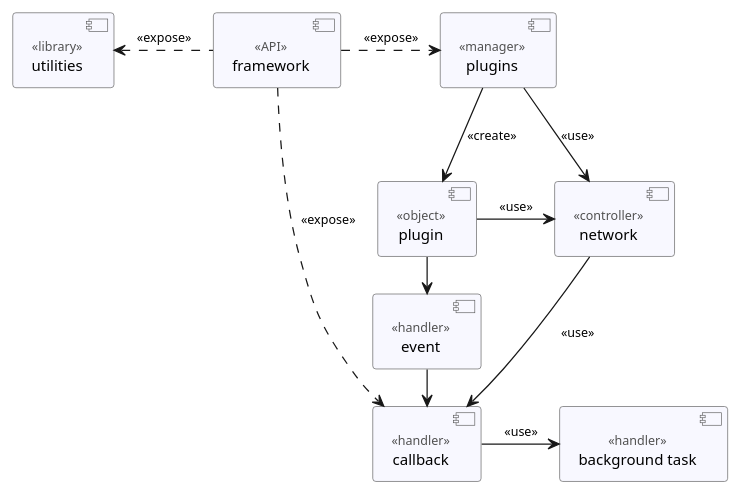
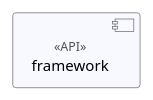
The diagram in Cogspinner/structure.puml (erik-riklund/wow), drawn with PlantUML before and after one commit. The commit also changed 36 other files, not shown here.

```diff
--- a/Cogspinner/structure.puml
+++ b/Cogspinner/structure.puml
@@ -1,50 +1,25 @@
 @startuml Cogspinner
 
 skinparam ClassFontSize 12pt
 skinparam ClassFontName Consolas
 skinparam ComponentBackgroundColor GhostWhite
 skinparam ComponentBorderColor #565656
 skinparam ComponentFontStyle normal
 skinparam ComponentFontSize 12pt
 skinparam ComponentFontName Consolas
 skinparam ComponentStereotypeFontName Consolas
 skinparam ComponentStereotypeFontSize 10pt
 skinparam ComponentStereotypeFontColor #515151
 skinparam InterfaceBackgroundColor Orange
 skinparam NoteFontName Franklin Gothic Medium
 skinparam NoteFontSize 12pt
 skinparam NoteFontColor black
 skinparam NoteBackgroundColor #FEFFDD
 skinparam NoteBorderColor #96968D
 skinparam ArrowFontName Consolas
 skinparam ArrowFontSize 10pt
 
 component "framework" as Framework <<API>>
-component "plugins" as PluginManager <<manager>>
-component "plugin" as Plugin <<object>>
 
-Framework .> PluginManager : <<expose>>
-PluginManager -> Plugin : <<create>>
-
-component "network" as Network <<controller>>
-
-PluginManager --> Network : <<use>>
-Plugin -> Network : <<use>>
-
-component "callback" as CallbackHandler <<handler>>
-component "background task" as BackgroundTaskHandler <<handler>>
-
-Framework ..> CallbackHandler : <<expose>>
-Network --> CallbackHandler : <<use>>
-CallbackHandler -> BackgroundTaskHandler : <<use>>
-
-component "event" as EventHandler <<handler>>
-
-Plugin -> EventHandler : <<use>>
-EventHandler -> CallbackHandler : <<use>>
-
-component "utilities" as Utilities <<library>>
-
-Framework .left.> Utilities : <<expose>>
 
 @enduml
```
